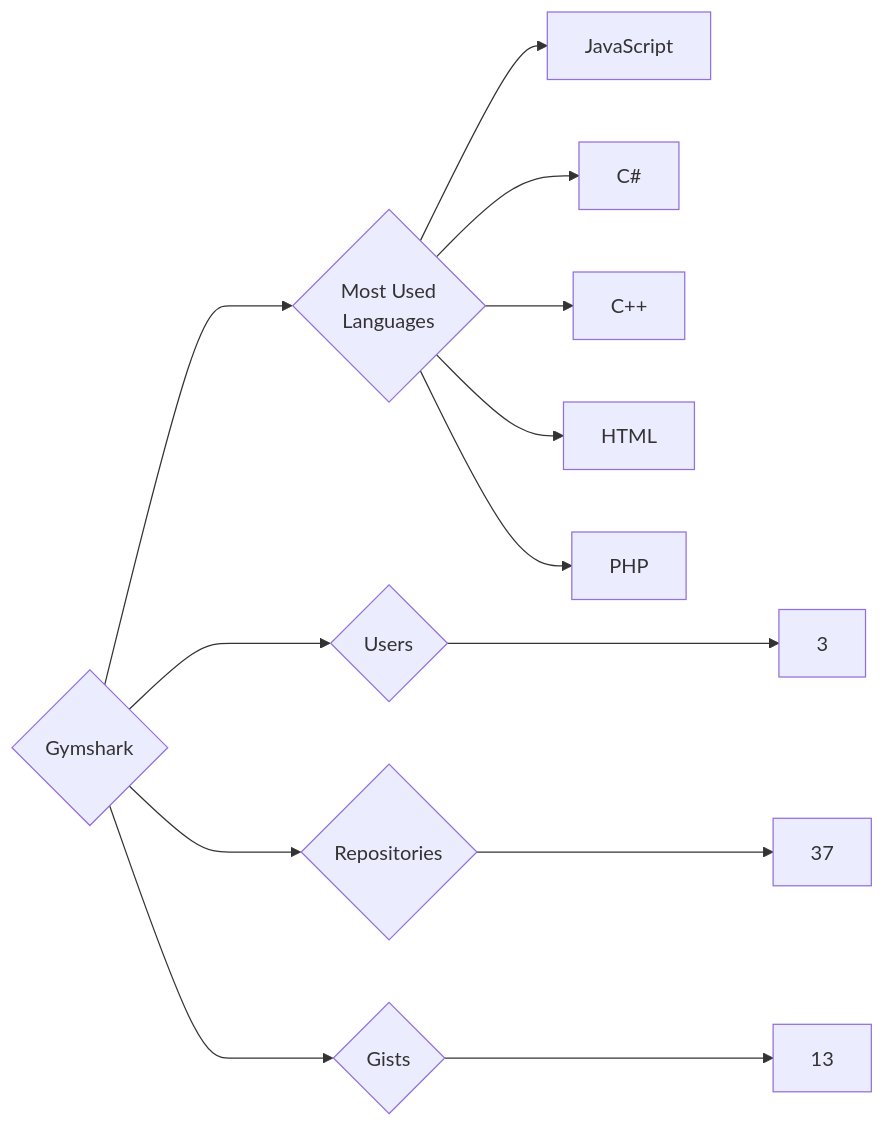
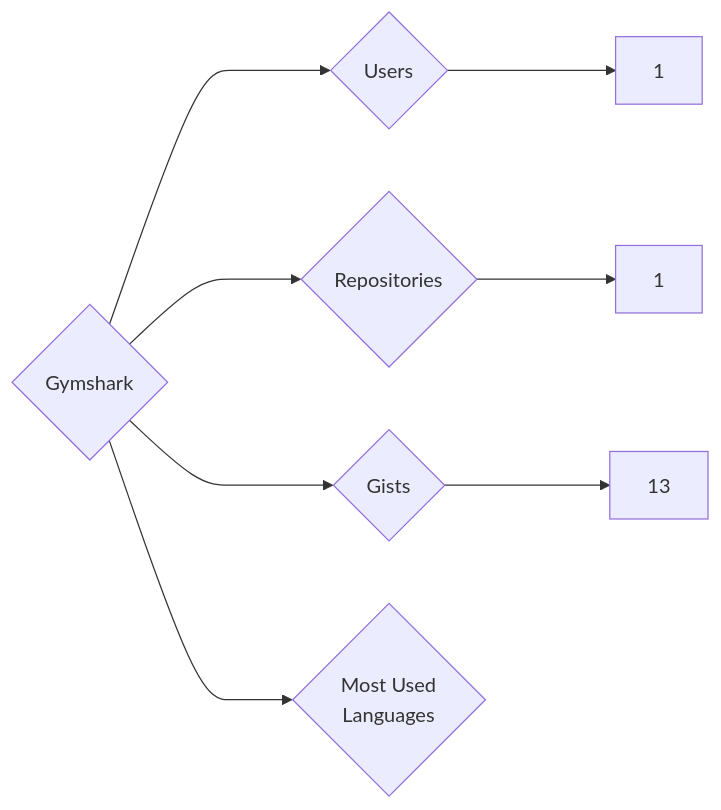
One commit to trickest/insiders changed the diagram in targets/Gymshark/README.md. Above: the diagram before and after it, drawn with Mermaid. The commit also changed 815 other files, not shown here.

````diff
--- a/targets/Gymshark/README.md
+++ b/targets/Gymshark/README.md
@@ -3,13 +3,8 @@
 ```mermaid
 graph LR
 COMPANY_NAME{Gymshark}
-COMPANY_NAME ---> U{Users} ---> UN[3]
-COMPANY_NAME ---> R{Repositories} ---> RN[37]
+COMPANY_NAME ---> U{Users} ---> UN[1]
+COMPANY_NAME ---> R{Repositories} ---> RN[1]
 COMPANY_NAME ---> G{Gists} ---> GN[13]
 COMPANY_NAME ---> ML{Most Used<br>Languages}
-ML --> JavaScript[JavaScript]
-ML --> C#[C#]
-ML --> C++[C++]
-ML --> HTML[HTML]
-ML --> PHP[PHP]
 ```
````
